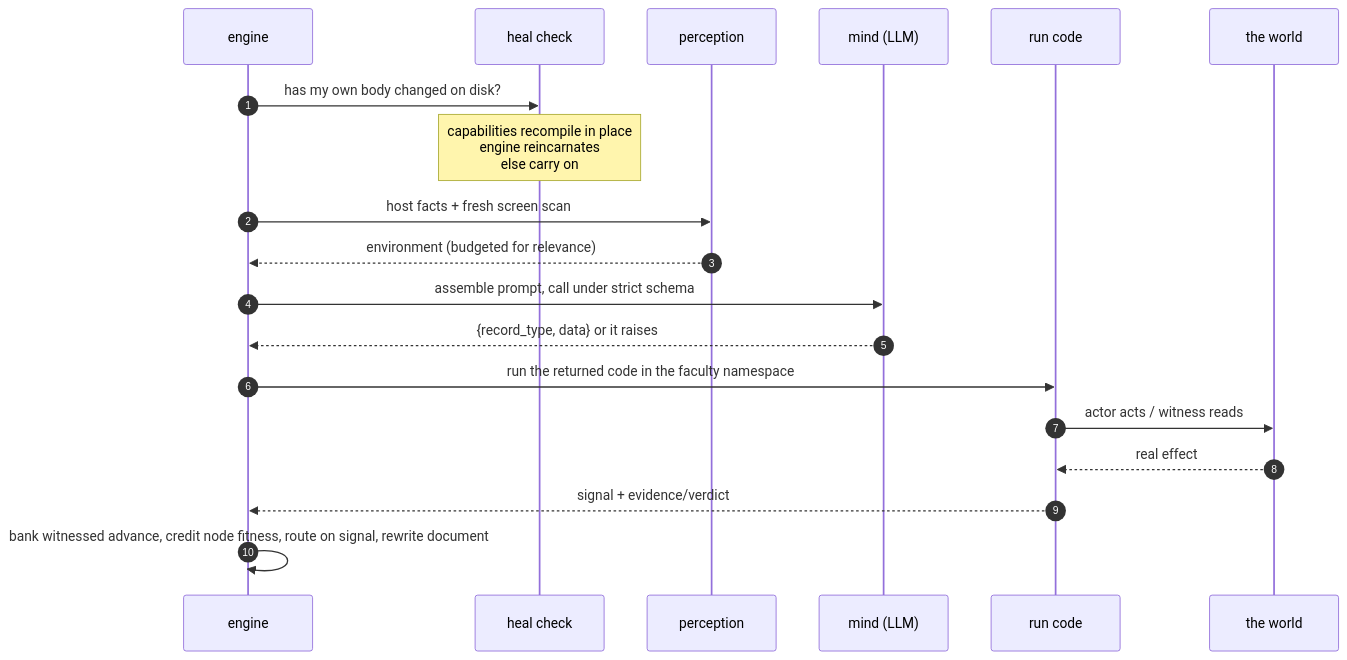
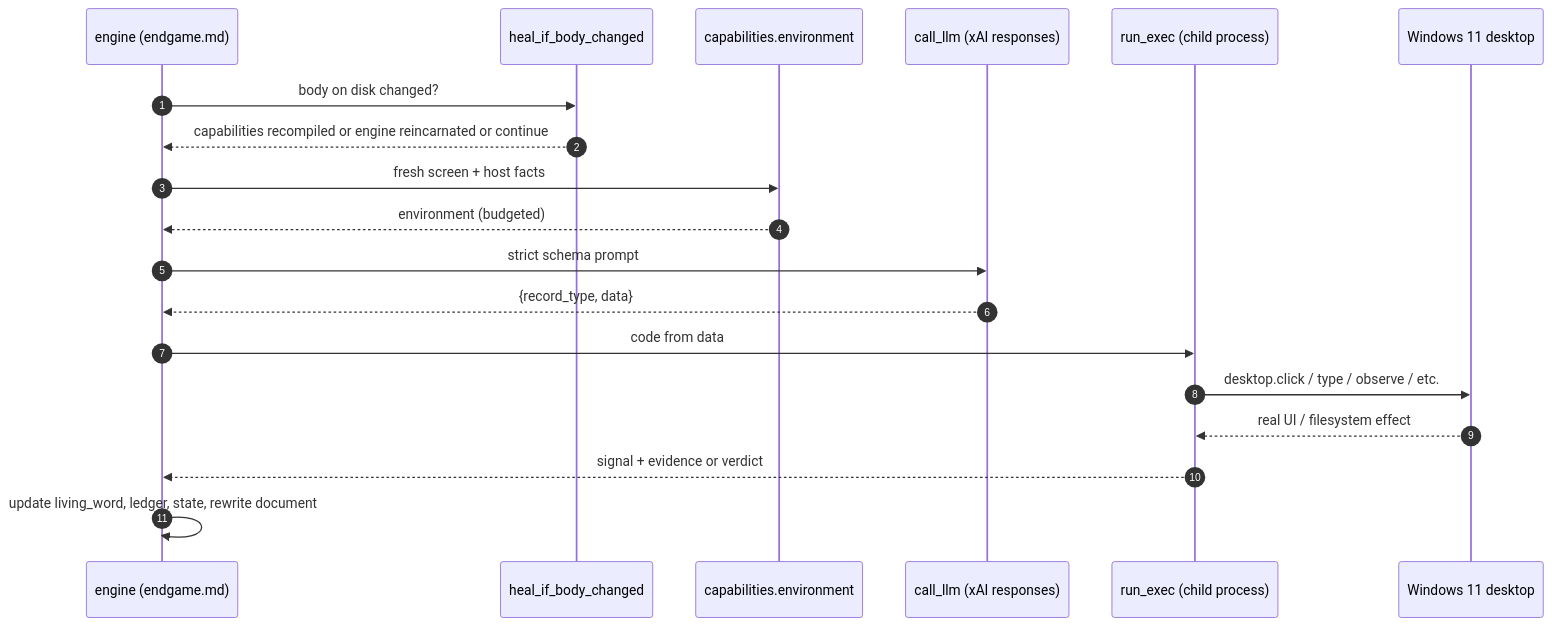
One commit to wgabrys88/endgame-ai changed the second of 3 diagrams in README.md. Above: the diagram before and after it, drawn with Mermaid. The commit also changed other lines of this file, not shown here.

````diff
--- a/README.md
+++ b/README.md
@@ -154,21 +125,21 @@
 ```mermaid
 sequenceDiagram
     autonumber
-    participant EN as engine
-    participant HEAL as heal check
-    participant P as perception
-    participant MIND as mind (LLM)
-    participant RUN as run code
-    participant W as the world
-    EN->>HEAL: has my own body changed on disk?
-    Note over HEAL: capabilities recompile in place<br/>engine reincarnates<br/>else carry on
-    EN->>P: host facts + fresh screen scan
-    P-->>EN: environment (budgeted for relevance)
-    EN->>MIND: assemble prompt, call under strict schema
-    MIND-->>EN: {record_type, data} or it raises
-    EN->>RUN: run the returned code in the faculty namespace
-    RUN->>W: actor acts / witness reads
-    W-->>RUN: real effect
-    RUN-->>EN: signal + evidence/verdict
-    EN->>EN: bank witnessed advance, credit node fitness, route on signal, rewrite document
+    participant EN as engine (endgame.md)
+    participant HEAL as heal_if_body_changed
+    participant P as capabilities.environment
+    participant MIND as call_llm (xAI responses)
+    participant RUN as run_exec (child process)
+    participant W as Windows 11 desktop
+    EN->>HEAL: body on disk changed?
+    HEAL-->>EN: capabilities recompiled or engine reincarnated or continue
+    EN->>P: fresh screen + host facts
+    P-->>EN: environment (budgeted)
+    EN->>MIND: strict schema prompt
+    MIND-->>EN: {record_type, data}
+    EN->>RUN: code from data
+    RUN->>W: desktop.click / type / observe / etc.
+    W-->>RUN: real UI / filesystem effect
+    RUN-->>EN: signal + evidence or verdict
+    EN->>EN: update living_word, ledger, state, rewrite document
 ```
````
